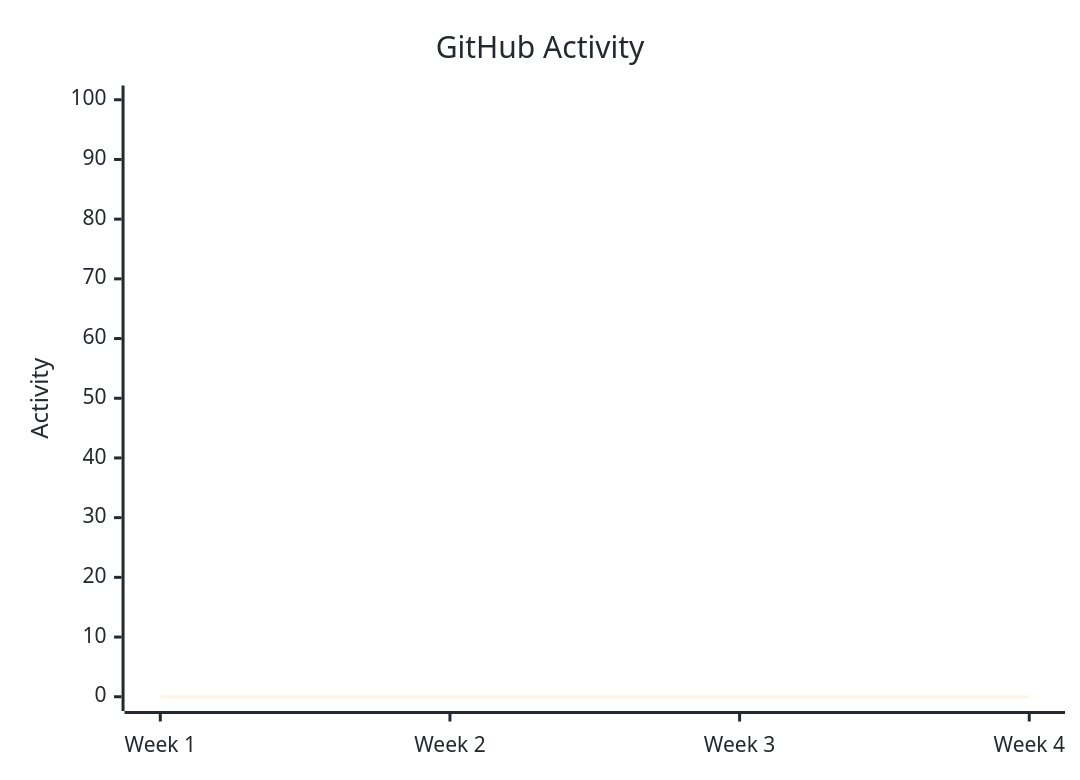
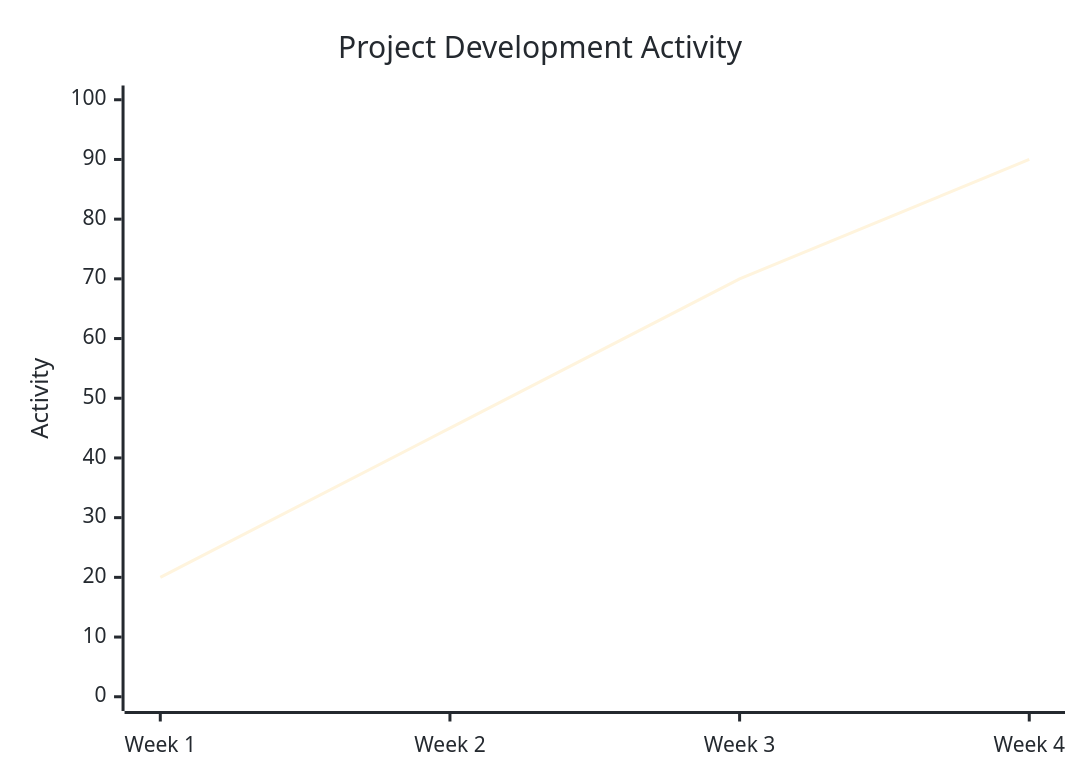
One commit to Mohammed927353/Mohammed927353 changed the fourth of 4 diagrams in README.md. Above: the diagram before and after it, drawn with Mermaid. The commit also changed other lines of this file, not shown here.

````diff
--- a/README.md
+++ b/README.md
@@ -305,18 +263,18 @@
 ```mermaid
 %%{init: {
   "theme": "base",
   "themeVariables": {
     "fontFamily": "Arial",
     "primaryTextColor": "#24292F",
-    "lineColor": "#2F81F7",
     "textColor": "#24292F",
-    "background": "#FFFFFF"
+    "background": "#FFFFFF",
+    "lineColor": "#2F81F7"
   }
 }}%%
 
 xychart-beta
-    title "GitHub Activity"
+    title "Project Development Activity"
     x-axis ["Week 1", "Week 2", "Week 3", "Week 4"]
     y-axis "Activity" 0 --> 100
-    line [0, 0, 0, 0]
+    line [20, 45, 70, 90]
 ```
````
